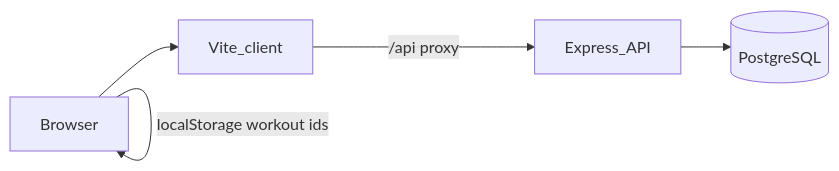
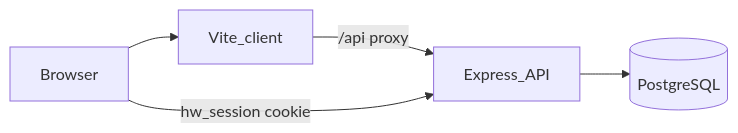
The diagram in technical-architecture.md (megatrix1994-coder/home-workout), drawn with Mermaid before and after one commit. The commit also changed other lines of this file and 470 other files, not shown here.

````diff
--- a/technical-architecture.md
+++ b/technical-architecture.md
@@ -17,11 +17,11 @@
 ```mermaid
 flowchart LR
   browser[Browser]
   vite[Vite_client]
   api[Express_API]
   db[(PostgreSQL)]
   browser --> vite
   vite -->|"/api proxy"| api
+  browser -->|"hw_session cookie"| api
   api --> db
-  browser -->|"localStorage workout ids"| browser
 ```
````
